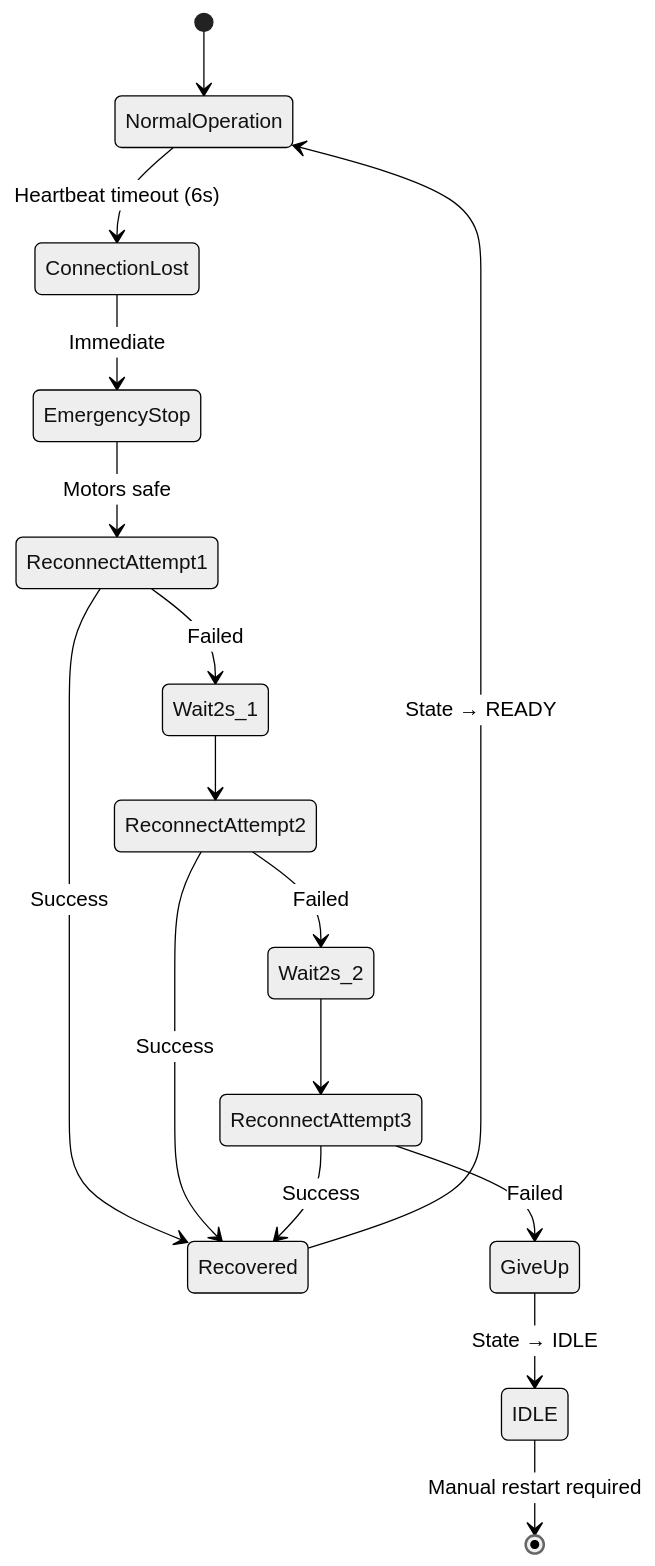
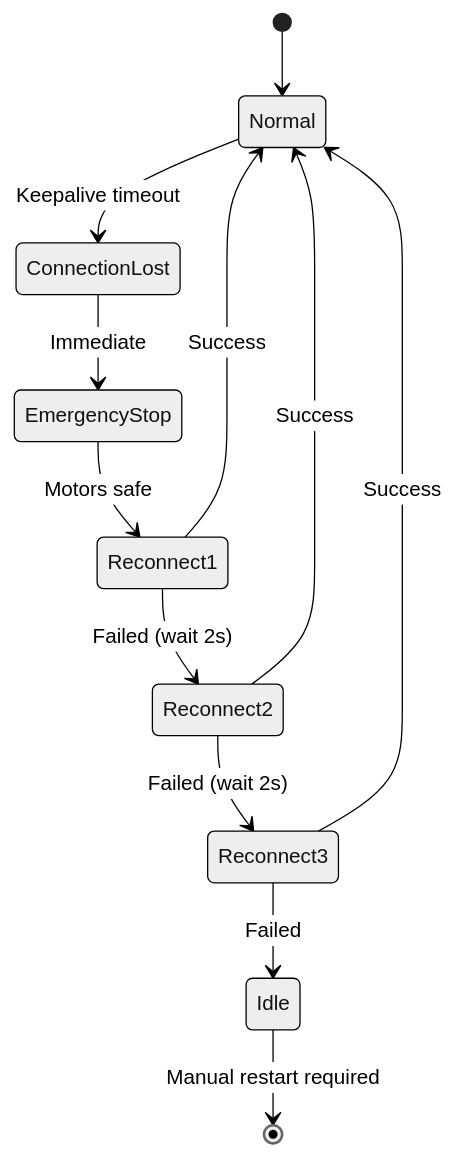
The fifth of 5 diagrams in docs/SYNCHRONIZATION_PROTOCOL.md (BlueBuzzah/BlueBuzzah2-Firmware), drawn with Mermaid (neutral theme) before and after one commit. The commit also changed other lines of this file and 17 other files, not shown here.

Commit message:
Updated keepalive implementation to remove heartbeat commands and utilize existing ping commands as heartbeat signals

````diff
--- a/docs/SYNCHRONIZATION_PROTOCOL.md
+++ b/docs/SYNCHRONIZATION_PROTOCOL.md
@@ -1219,25 +221,20 @@
 ```mermaid
 stateDiagram-v2
-    [*] --> NormalOperation
+    [*] --> Normal
 
-    NormalOperation --> ConnectionLost : Heartbeat timeout (6s)
+    Normal --> ConnectionLost: Keepalive timeout
 
-    ConnectionLost --> EmergencyStop : Immediate
-    EmergencyStop --> ReconnectAttempt1 : Motors safe
+    ConnectionLost --> EmergencyStop: Immediate
+    EmergencyStop --> Reconnect1: Motors safe
 
-    ReconnectAttempt1 --> Recovered : Success
-    ReconnectAttempt1 --> Wait2s_1 : Failed
+    Reconnect1 --> Normal: Success
+    Reconnect1 --> Reconnect2: Failed (wait 2s)
 
-    Wait2s_1 --> ReconnectAttempt2
-    ReconnectAttempt2 --> Recovered : Success
-    ReconnectAttempt2 --> Wait2s_2 : Failed
+    Reconnect2 --> Normal: Success
+    Reconnect2 --> Reconnect3: Failed (wait 2s)
 
-    Wait2s_2 --> ReconnectAttempt3
-    ReconnectAttempt3 --> Recovered : Success
-    ReconnectAttempt3 --> GiveUp : Failed
+    Reconnect3 --> Normal: Success
+    Reconnect3 --> Idle: Failed
 
-    Recovered --> NormalOperation : State → READY
-    GiveUp --> IDLE : State → IDLE
-
-    IDLE --> [*] : Manual restart required
+    Idle --> [*]: Manual restart required
 ```
````
